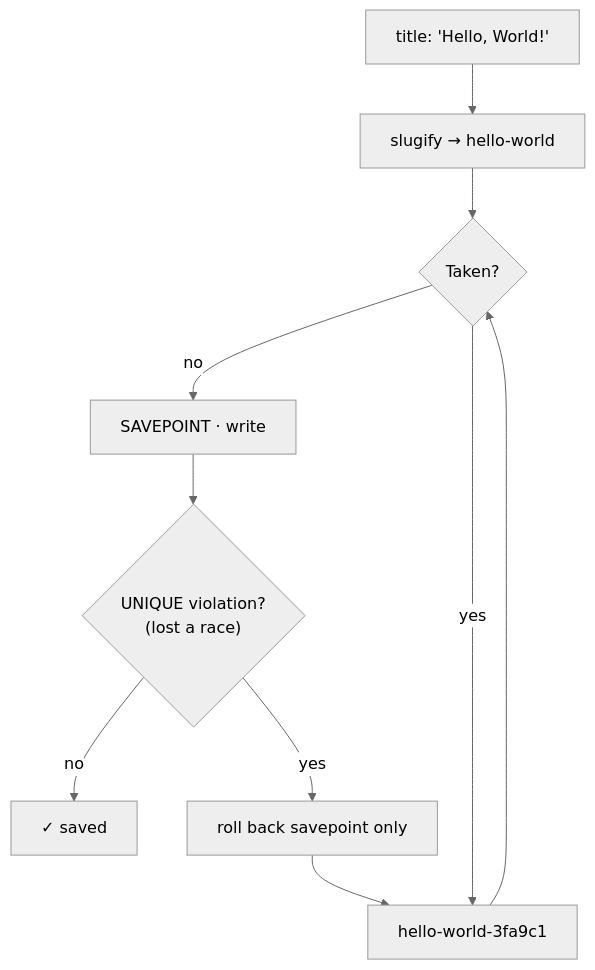
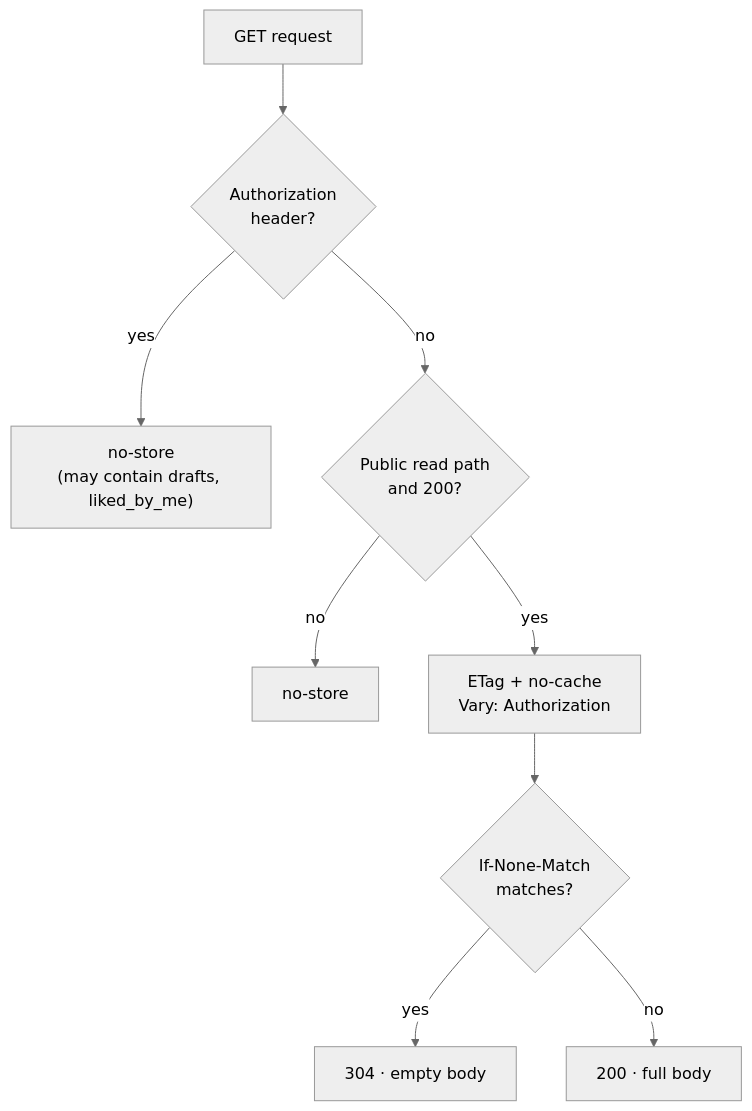
Before and after one commit to mr-laboratory/nebula: the second of 3 diagrams in docs/learning-log/day-04.md, drawn with Mermaid (neutral theme). The commit also changed other lines of this file and 10 other files, not shown here.

````diff
--- a/docs/learning-log/day-04.md
+++ b/docs/learning-log/day-04.md
@@ -34,10 +45,11 @@
 ```mermaid
 flowchart TD
-    T["title: 'Hello, World!'"] --> S["slugify → hello-world"]
-    S --> C{Taken?}
-    C -->|no| W["SAVEPOINT · write"]
-    C -->|yes| X["hello-world-3fa9c1"] --> C
-    W --> U{"UNIQUE violation?<br/>(lost a race)"}
-    U -->|no| OK[✓ saved]
-    U -->|yes| RB["roll back savepoint only"] --> X
+    R[GET request] --> A{"Authorization<br/>header?"}
+    A -->|yes| N["no-store<br/>(may contain drafts, liked_by_me)"]
+    A -->|no| P{"Public read path<br/>and 200?"}
+    P -->|no| N2[no-store]
+    P -->|yes| E["ETag + no-cache<br/>Vary: Authorization"]
+    E --> M{"If-None-Match<br/>matches?"}
+    M -->|yes| C["304 · empty body"]
+    M -->|no| F[200 · full body]
 ```
````
